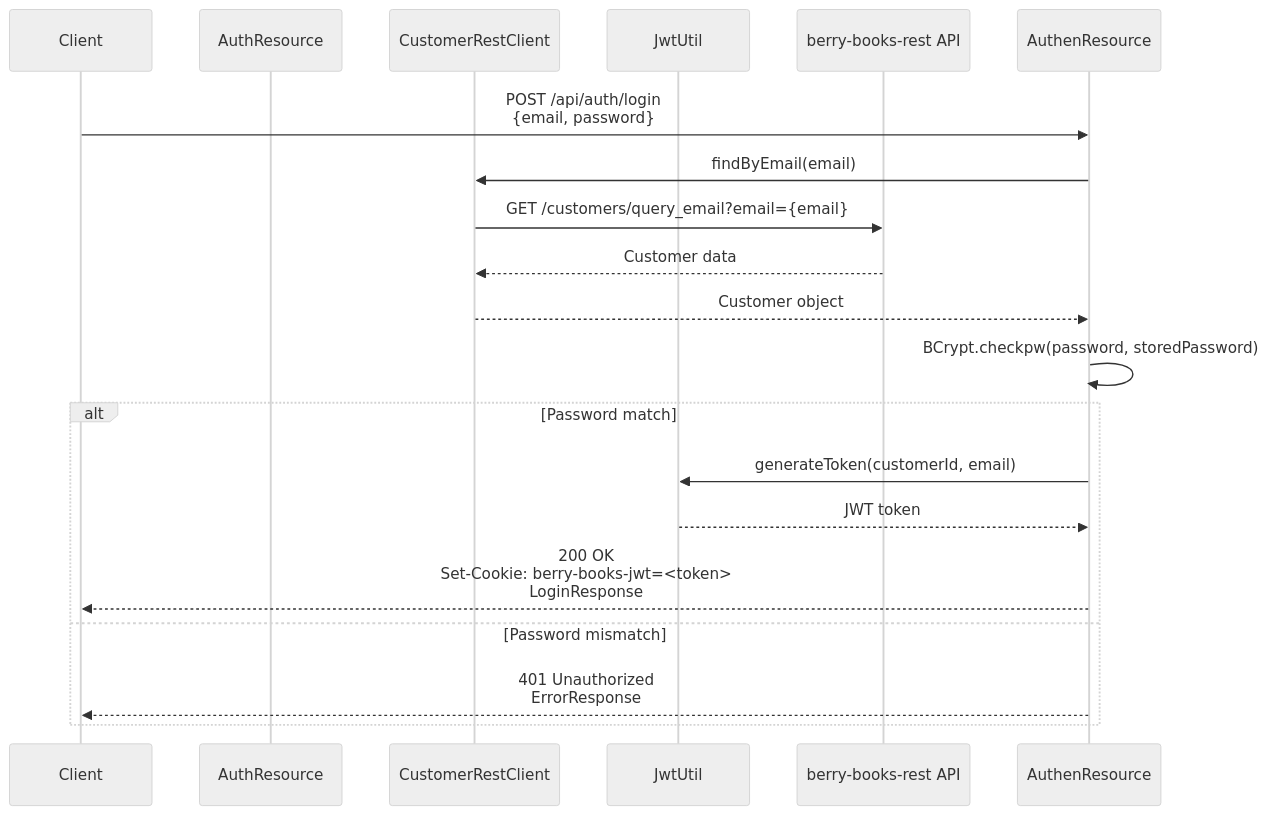
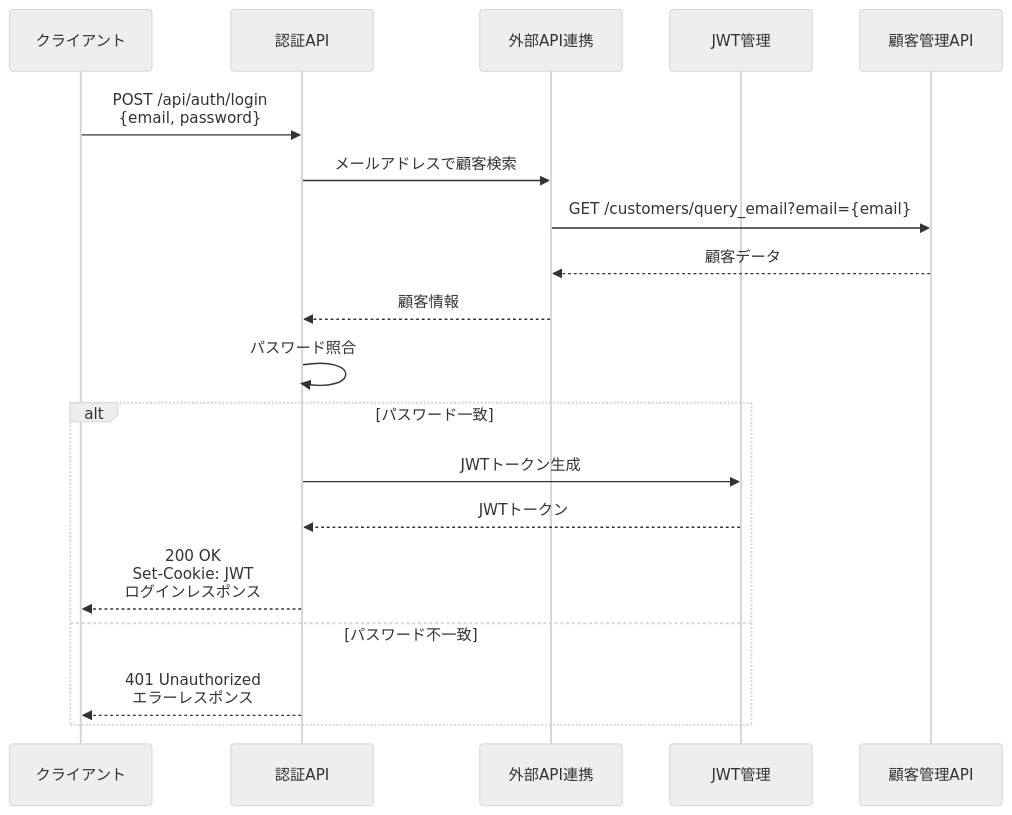
Before and after one commit to KenyaSaitoh/ai_driven_dev_202601: the diagram in projects/sdd/bookstore/berry-books-api-sdd/specs/baseline/api/API_001_auth/functional_design.md, drawn with Mermaid (neutral theme). The commit also changed other lines of this file and 52 other files, not shown here.

````diff
--- a/projects/sdd/bookstore/berry-books-api-sdd/specs/baseline/api/API_001_auth/functional_design.md
+++ b/projects/sdd/bookstore/berry-books-api-sdd/specs/baseline/api/API_001_auth/functional_design.md
@@ -73,24 +75,24 @@
 ```mermaid
 sequenceDiagram
-    participant Client
-    participant AuthResource
-    participant CustomerRestClient
-    participant JwtUtil
-    participant RestAPI as berry-books-rest API
+    participant Client as クライアント
+    participant API as 認証API
+    participant ExtAPI as 外部API連携
+    participant JwtMgmt as JWT管理
+    participant RestAPI as 顧客管理API
     
-    Client->>AuthenResource: POST /api/auth/login<br/>{email, password}
-    AuthenResource->>CustomerRestClient: findByEmail(email)
-    CustomerRestClient->>RestAPI: GET /customers/query_email?email={email}
-    RestAPI-->>CustomerRestClient: Customer data
-    CustomerRestClient-->>AuthenResource: Customer object
+    Client->>API: POST /api/auth/login<br/>{email, password}
+    API->>ExtAPI: メールアドレスで顧客検索
+    ExtAPI->>RestAPI: GET /customers/query_email?email={email}
+    RestAPI-->>ExtAPI: 顧客データ
+    ExtAPI-->>API: 顧客情報
 
-    AuthenResource->>AuthenResource: BCrypt.checkpw(password, storedPassword)
+    API->>API: パスワード照合
     
-    alt Password match
-        AuthenResource->>JwtUtil: generateToken(customerId, email)
-        JwtUtil-->>AuthenResource: JWT token
-        AuthenResource-->>Client: 200 OK<br/>Set-Cookie: berry-books-jwt=<token><br/>LoginResponse
-    else Password mismatch
-        AuthenResource-->>Client: 401 Unauthorized<br/>ErrorResponse
+    alt パスワード一致
+        API->>JwtMgmt: JWTトークン生成
+        JwtMgmt-->>API: JWTトークン
+        API-->>Client: 200 OK<br/>Set-Cookie: JWT<br/>ログインレスポンス
+    else パスワード不一致
+        API-->>Client: 401 Unauthorized<br/>エラーレスポンス
     end
 ```
````
